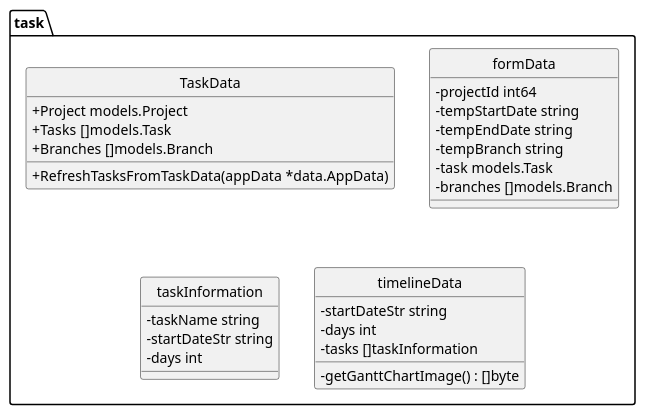
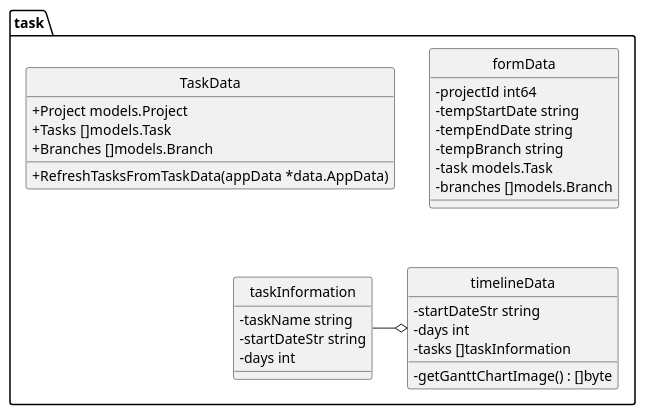
Before and after one commit to imdar1/GitMonitor: the diagram in docs/res/modules/task.pu, drawn with PlantUML. The commit also changed 1 other file, not shown here.

```diff
--- a/docs/res/modules/task.pu
+++ b/docs/res/modules/task.pu
@@ -1,43 +1,48 @@
 @startuml
 top to bottom direction
 skinparam classAttributeIconSize 0
 skinparam DefaultFontName Arial
 skinparam DefaultFontSize 14
 skinparam monochrome true
 hide circle
 
 namespace task {
     class TaskData << (S,Aquamarine) >> {
         + Project models.Project
         + Tasks []models.Task
         + Branches []models.Branch
 
         + RefreshTasksFromTaskData(appData *data.AppData) 
 
     }
     class formData << (S,Aquamarine) >> {
         - projectId int64
         - tempStartDate string
         - tempEndDate string
         - tempBranch string
         - task models.Task
         - branches []models.Branch
 
     }
     class taskInformation << (S,Aquamarine) >> {
         - taskName string
         - startDateStr string
         - days int
 
     }
     class timelineData << (S,Aquamarine) >> {
         - startDateStr string
         - days int
         - tasks []taskInformation
 
         - getGanttChartImage() : []byte
 
     }
 }
 
+"task.TaskData" -[hidden] "task.formData"
+"task.formData" -[hidden]- "task.taskInformation"
+"task.formData" -[hidden]- "task.timelineData"
+"task.taskInformation" -o "task.timelineData"
+
 @enduml
```
